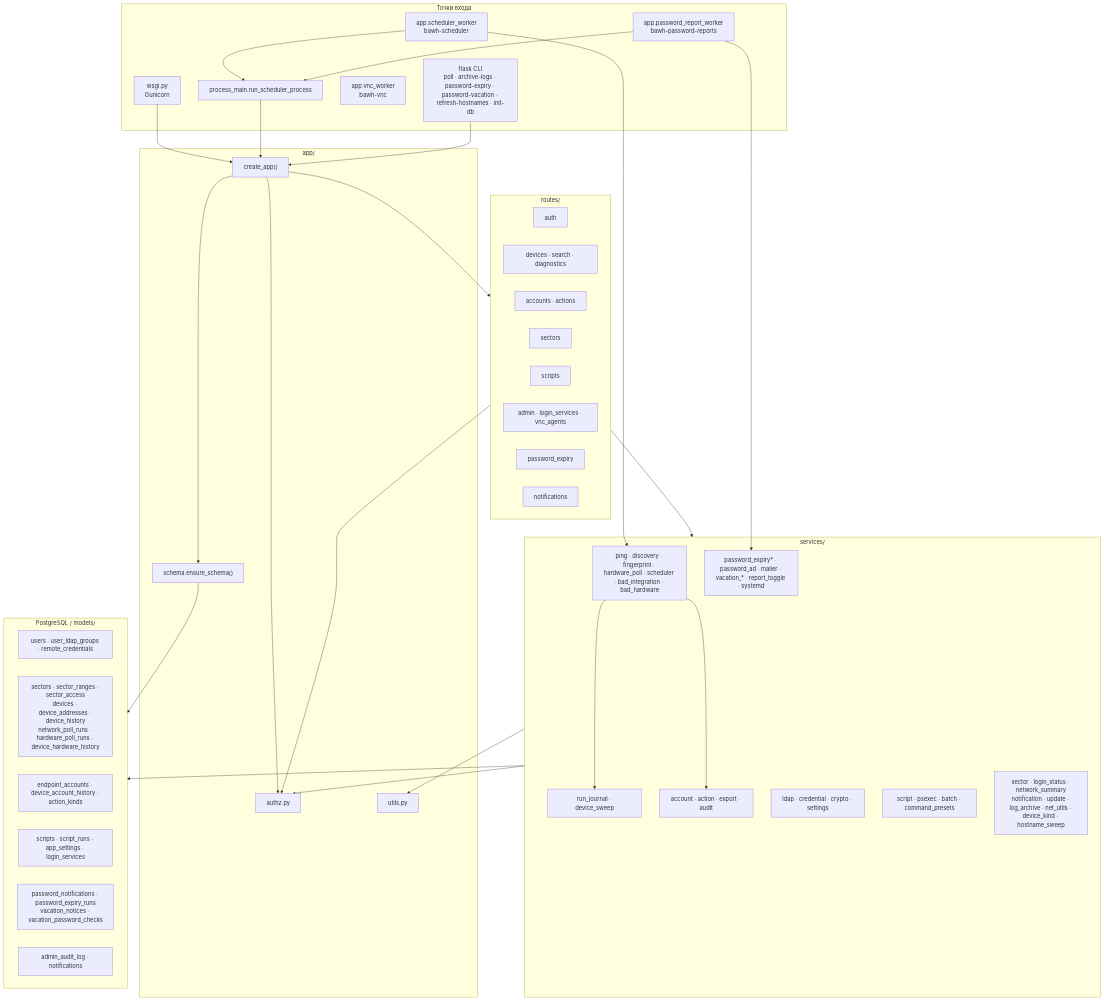
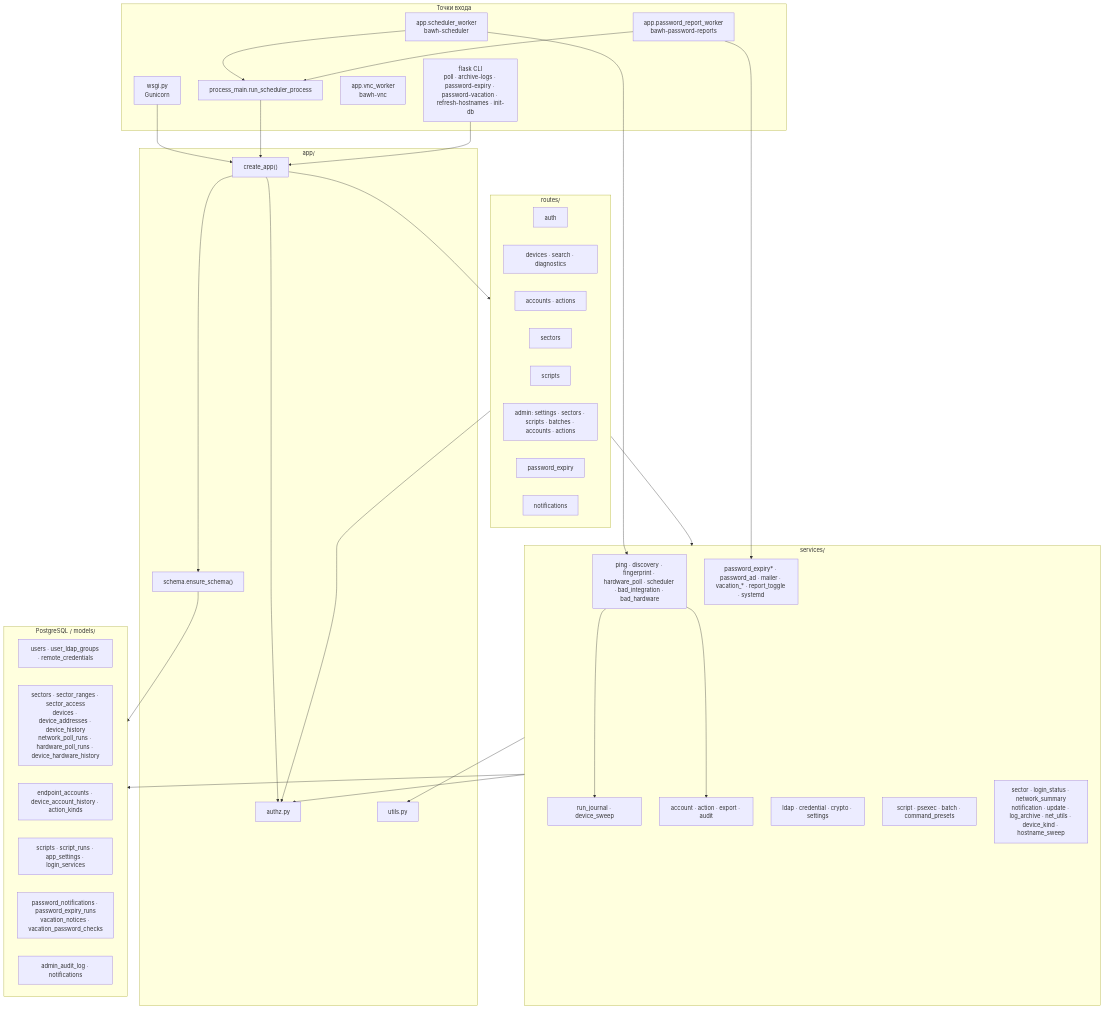
One commit to blazerity/admin-webhelper changed the first of 3 diagrams in docs/ARCHITECTURE.md. Above: the diagram before and after it, drawn with Mermaid. The commit also changed other lines of this file and 29 other files, not shown here.

````diff
--- a/docs/ARCHITECTURE.md
+++ b/docs/ARCHITECTURE.md
@@ -121,67 +121,67 @@
 ```mermaid
 flowchart TB
   subgraph entry["Точки входа"]
     WSGI["wsgi.py<br/>Gunicorn"]
     LOOP["process_main.run_scheduler_process"]
     SCHED["app.scheduler_worker<br/>bawh-scheduler"]
     PWD_W["app.password_report_worker<br/>bawh-password-reports"]
     VNC["app.vnc_worker<br/>bawh-vnc"]
     CLI["flask CLI<br/>poll · archive-logs · password-expiry · password-vacation · refresh-hostnames · init-db"]
   end
 
   subgraph app_core["app/"]
     CREATE["create_app()"]
     SCHEMA["schema.ensure_schema()"]
     AUTH["authz.py"]
     UTILS["utils.py"]
   end
 
   subgraph http["routes/"]
     R_AUTH["auth"]
     R_DEV["devices · search · diagnostics"]
     R_ACC["accounts · actions"]
     R_SEC["sectors"]
     R_SCR["scripts"]
-    R_ADM["admin · login_services · vnc_agents"]
+    R_ADM["admin: settings · sectors · scripts · batches · accounts · actions"]
     R_PWD["password_expiry"]
     R_NTF["notifications"]
   end
 
   subgraph services["services/"]
     S_POLL["ping · discovery · fingerprint · hardware_poll · scheduler · bad_integration · bad_hardware"]
     S_SHARE["run_journal · device_sweep"]
     S_ACC["account · action · export · audit"]
     S_ID["ldap · credential · crypto · settings"]
     S_RUN["script · psexec · batch · command_presets"]
     S_PWD["password_expiry* · password_ad · mailer · vacation_* · report_toggle · systemd"]
     S_OTH["sector · login_status · network_summary<br/>notification · update · log_archive · net_utils · device_kind · hostname_sweep"]
   end
 
   subgraph data["PostgreSQL / models/"]
     M_USER["users · user_ldap_groups · remote_credentials"]
     M_NET["sectors · sector_ranges · sector_access<br/>devices · device_addresses · device_history<br/>network_poll_runs · hardware_poll_runs · device_hardware_history"]
     M_ACC["endpoint_accounts · device_account_history · action_kinds"]
     M_SCR["scripts · script_runs · app_settings · login_services"]
     M_PWD["password_notifications · password_expiry_runs<br/>vacation_notices · vacation_password_checks"]
     M_NTF["admin_audit_log · notifications"]
   end
 
   WSGI --> CREATE
   SCHED --> LOOP
   PWD_W --> LOOP
   LOOP --> CREATE
   CLI --> CREATE
   CREATE --> SCHEMA
   CREATE --> http
   CREATE --> AUTH
   http --> services
   http --> AUTH
   SCHED --> S_POLL
   PWD_W --> S_PWD
   S_POLL --> S_SHARE
   services --> data
   services --> AUTH
   services --> UTILS
   S_POLL --> S_ACC
   SCHEMA --> data
 ```
````
